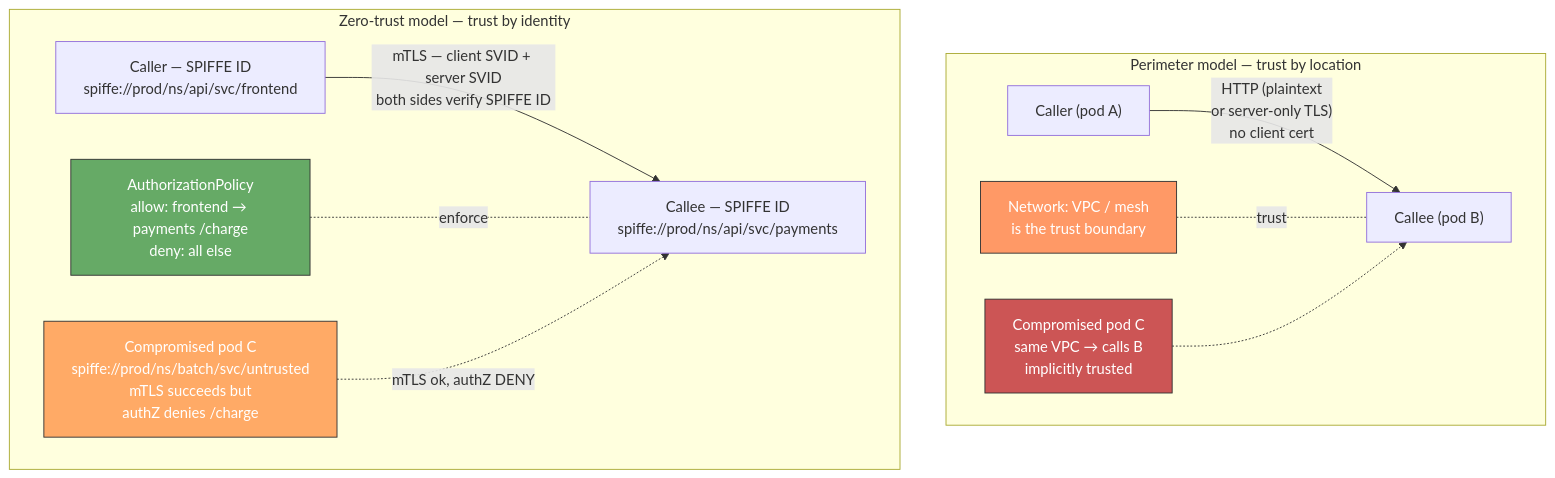
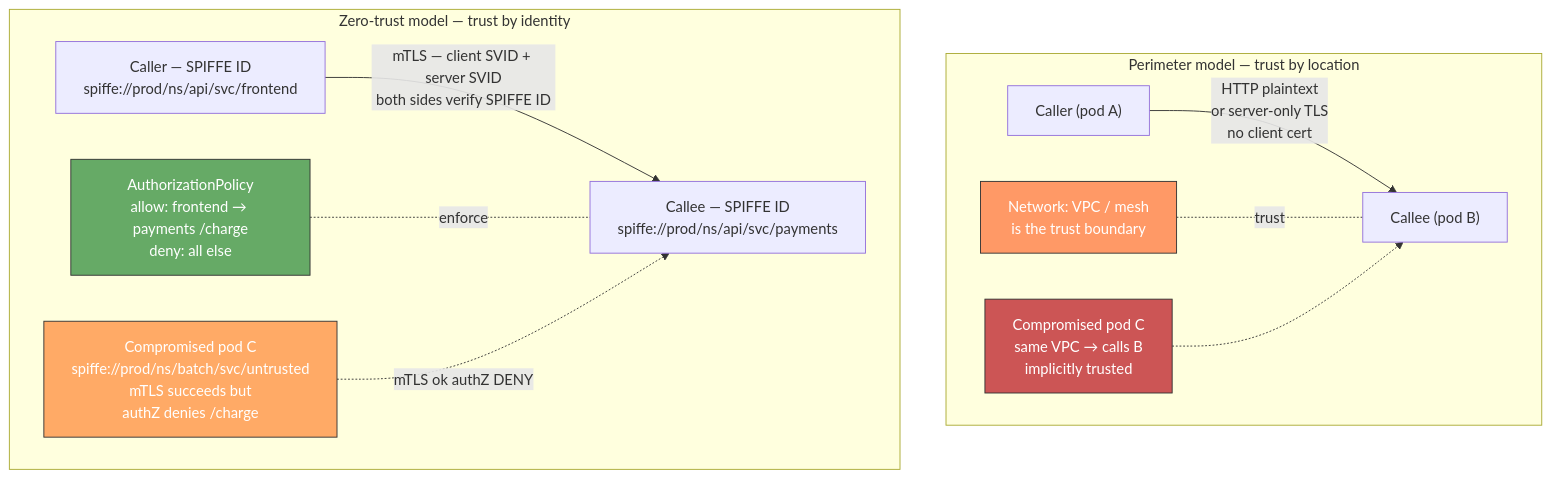
One commit to bumbsclaw/textbooks changed the first of 8 diagrams in vol-09-security-auth/ch10-zero-trust-mtls.md. Above: the diagram before and after it, drawn with Mermaid. The commit also changed other lines of this file and 173 other files, not shown here.

First line of the commit message:
fix(mermaid): close note brackets, semicolons in Notes, stateDiagram br -> dash, edge parens

````diff
--- a/vol-09-security-auth/ch10-zero-trust-mtls.md
+++ b/vol-09-security-auth/ch10-zero-trust-mtls.md
@@ -47,18 +47,18 @@
 ```mermaid
 flowchart TB
     subgraph PerimeterModel["Perimeter model — trust by location"]
-        C1["Caller (pod A)"] -->|"HTTP (plaintext<br/>or server-only TLS)<br/>no client cert"| S1["Callee (pod B)"]
+        C1["Caller (pod A)"] -->|"HTTP plaintext<br >or server-only TLS <br >no client cert"| S1["Callee (pod B)"]
         N1["Network: VPC / mesh<br/>is the trust boundary"] -. trust .- S1
         X1["Compromised pod C<br/>same VPC → calls B<br/>implicitly trusted"] -.-> S1
         style N1 fill:#f96,stroke:#333,color:#fff
         style X1 fill:#c55,stroke:#333,color:#fff
     end
 
     subgraph ZeroTrust["Zero-trust model — trust by identity"]
-        C2["Caller — SPIFFE ID<br/>spiffe://prod/ns/api/svc/frontend"] -->|"mTLS — client SVID + server SVID<br/>both sides verify SPIFFE ID"| S2["Callee — SPIFFE ID<br/>spiffe://prod/ns/api/svc/payments"]
+        C2["Caller — SPIFFE ID<br/>spiffe://prod/ns/api/svc/frontend"] -->|"mTLS — client SVID + server SVID<br >both sides verify SPIFFE ID"| S2["Callee — SPIFFE ID<br/>spiffe://prod/ns/api/svc/payments"]
         P2["AuthorizationPolicy<br/>allow: frontend → payments /charge<br/>deny: all else"] -. enforce .- S2
-        X2["Compromised pod C<br/>spiffe://prod/ns/batch/svc/untrusted<br/>mTLS succeeds but<br/>authZ denies /charge"] -.->|"mTLS ok, authZ DENY"| S2
+        X2["Compromised pod C<br/>spiffe://prod/ns/batch/svc/untrusted<br/>mTLS succeeds but<br/>authZ denies /charge"] -.->|"mTLS ok authZ DENY"| S2
         style P2 fill:#6a6,stroke:#333,color:#fff
         style X2 fill:#fa6,stroke:#333,color:#fff
     end
 ```
````
